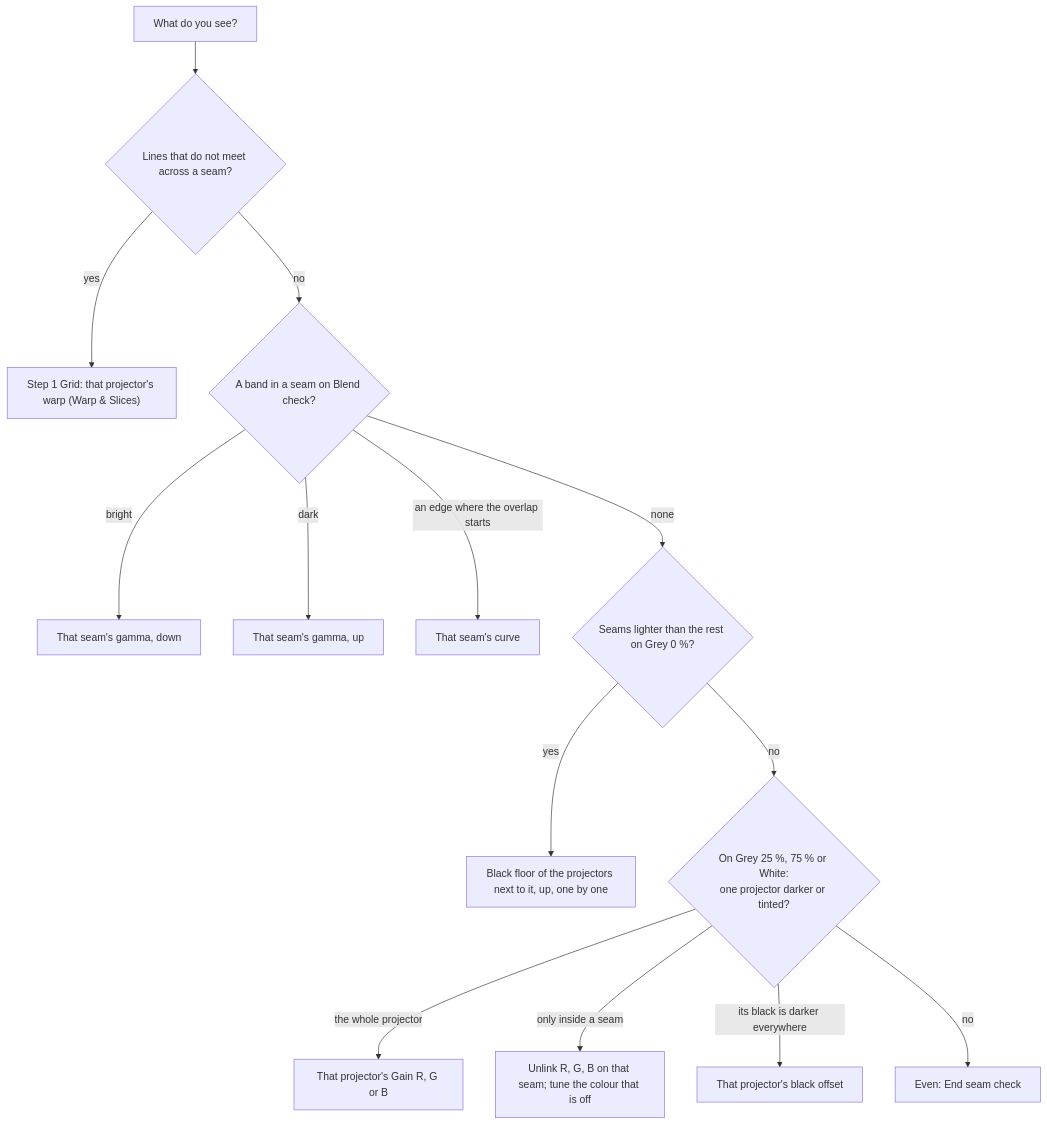
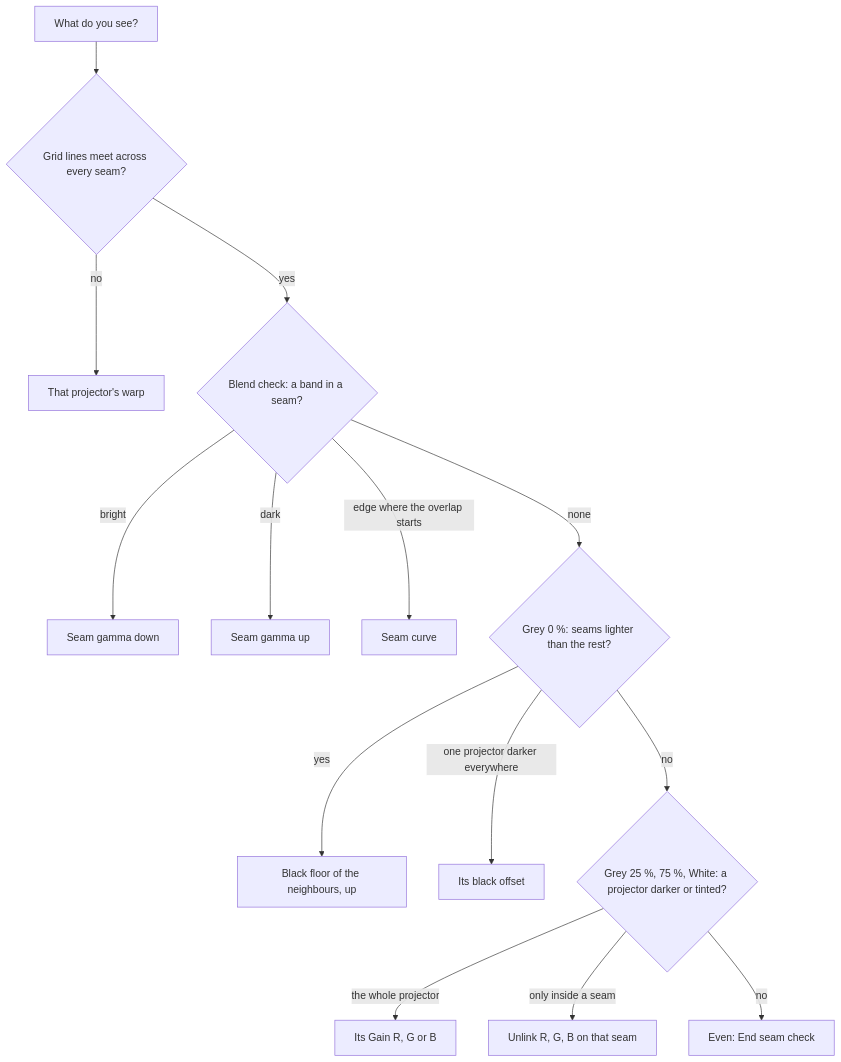
One commit to Timdebruijn/fanous changed the second of 2 diagrams in docs/user/outputs-and-mapping.md. Above: the diagram before and after it, drawn with Mermaid. The commit also changed other lines of this file and 9 other files, not shown here.

````diff
--- a/docs/user/outputs-and-mapping.md
+++ b/docs/user/outputs-and-mapping.md
@@ -425,16 +474,16 @@
 ```mermaid
 flowchart TD
-  see["What do you see?"] --> lines{"Lines that do not meet across a seam?"}
-  lines -- yes --> warp["Step 1 Grid: that projector's warp (Warp & Slices)"]
-  lines -- no --> band{"A band in a seam on Blend check?"}
-  band -- bright --> gdown["That seam's gamma, down"]
-  band -- dark --> gup["That seam's gamma, up"]
-  band -- "an edge where the overlap starts" --> curve["That seam's curve"]
-  band -- none --> black{"Seams lighter than the rest on Grey 0 %?"}
-  black -- yes --> floor["Black floor of the projectors next to it, up, one by one"]
-  black -- no --> grey{"On Grey 25 %, 75 % or White:<br>one projector darker or tinted?"}
-  grey -- "the whole projector" --> gain["That projector's Gain R, G or B"]
-  grey -- "only inside a seam" --> rgb["Unlink R, G, B on that seam; tune the colour that is off"]
-  grey -- "its black is darker everywhere" --> offset["That projector's black offset"]
+  see["What do you see?"] --> lines{"Grid lines meet across every seam?"}
+  lines -- no --> warp["That projector's warp"]
+  lines -- yes --> band{"Blend check: a band in a seam?"}
+  band -- bright --> gdown["Seam gamma down"]
+  band -- dark --> gup["Seam gamma up"]
+  band -- "edge where the overlap starts" --> curve["Seam curve"]
+  band -- none --> black{"Grey 0 %: seams lighter than the rest?"}
+  black -- yes --> floor["Black floor of the neighbours, up"]
+  black -- "one projector darker everywhere" --> offset["Its black offset"]
+  black -- no --> grey{"Grey 25 %, 75 %, White: a projector darker or tinted?"}
+  grey -- "the whole projector" --> gain["Its Gain R, G or B"]
+  grey -- "only inside a seam" --> rgb["Unlink R, G, B on that seam"]
   grey -- no --> done["Even: End seam check"]
 ```
````
